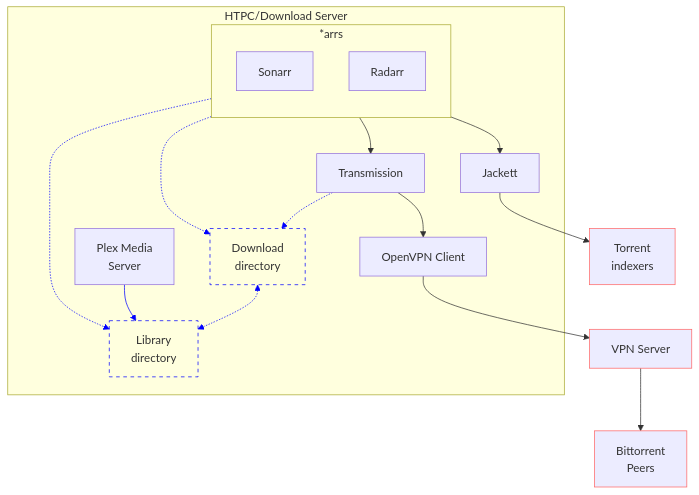
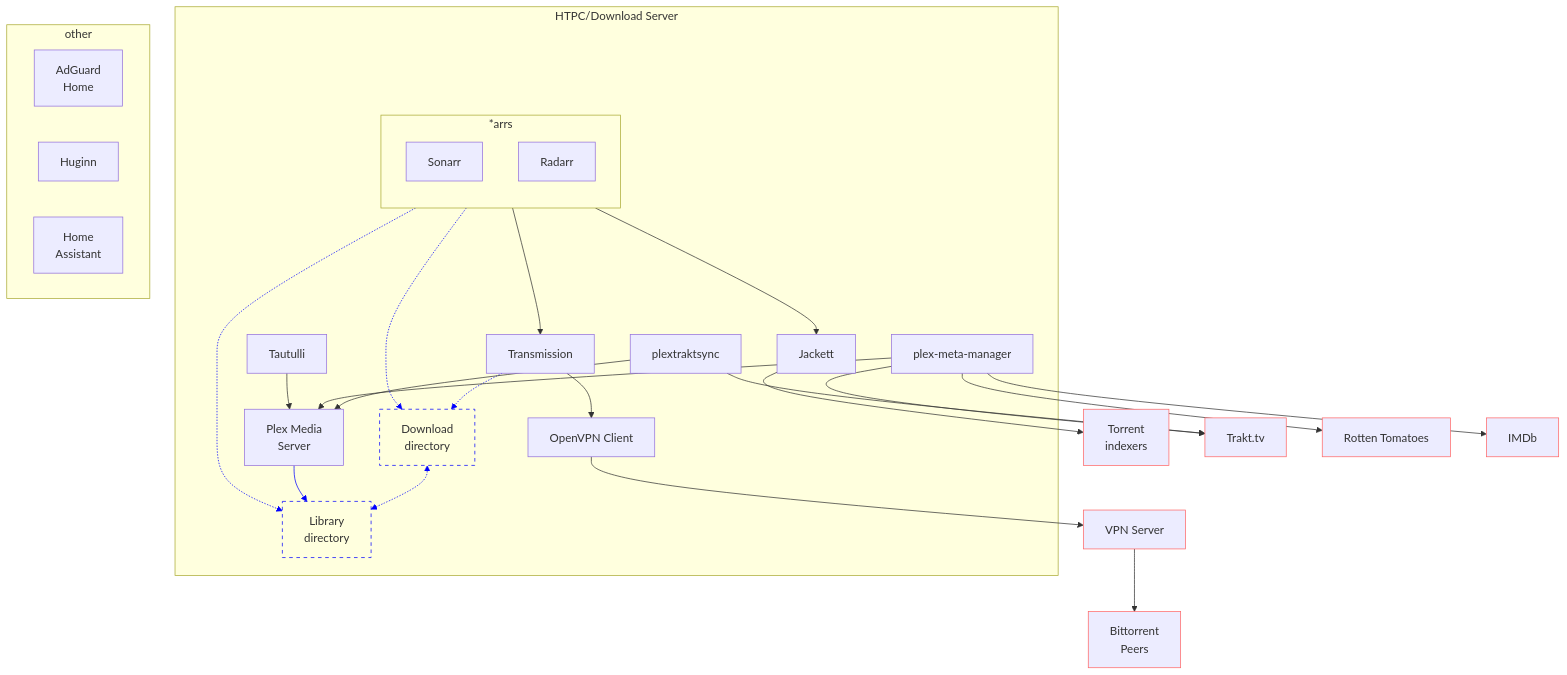
The diagram in README.md (martinbjeldbak/self-hosted), drawn with Mermaid before and after one commit.

Commit message:
Expand mermaid chart with more docker images

````diff
--- a/README.md
+++ b/README.md
@@ -6,28 +6,41 @@
 ```mermaid
 flowchart TB
     subgraph HTPC/Download Server
     subgraph *arrs
     direction TB
     S[Sonarr]
     R[Radarr]
     end
     *arrs-->J
 
     *arrs-->G[Transmission]
     G-->O[OpenVPN Client]
     G-.->D[Download\ndirectory]
     D<-.->L[Library\ndirectory]
     P[Plex Media\nServer]-->L
     *arrs-.-> L & D
+    PTS[plextraktsync]-->P
+    PMM[plex-meta-manager]-->P
+    TAUT[Tautulli]-->P
     end
 
     J[Jackett]-->T[Torrent\nindexers]
     O-->V[VPN Server]
     V-->B[Bittorrent\nPeers]
+    PTS-->TR[Trakt.tv]
+    PMM-->TR
+    PMM-->RT[Rotten Tomatoes]
+    PMM-->IMDB[IMDb]
+
+    subgraph other
+    A[AdGuard\nHome]
+    H[Huginn]
+    HA[Home\nAssistant]
+    end
 
     linkStyle 3,4,5,6,7 stroke:blue;
     classDef internet stroke:#f66;
     classDef folder stroke:blue,fill:none,stroke-dasharray: 5 5;
     class L,D folder
-    class T,V,B internet
+    class T,V,B,TR,RT,IMDB internet
 ```
````
